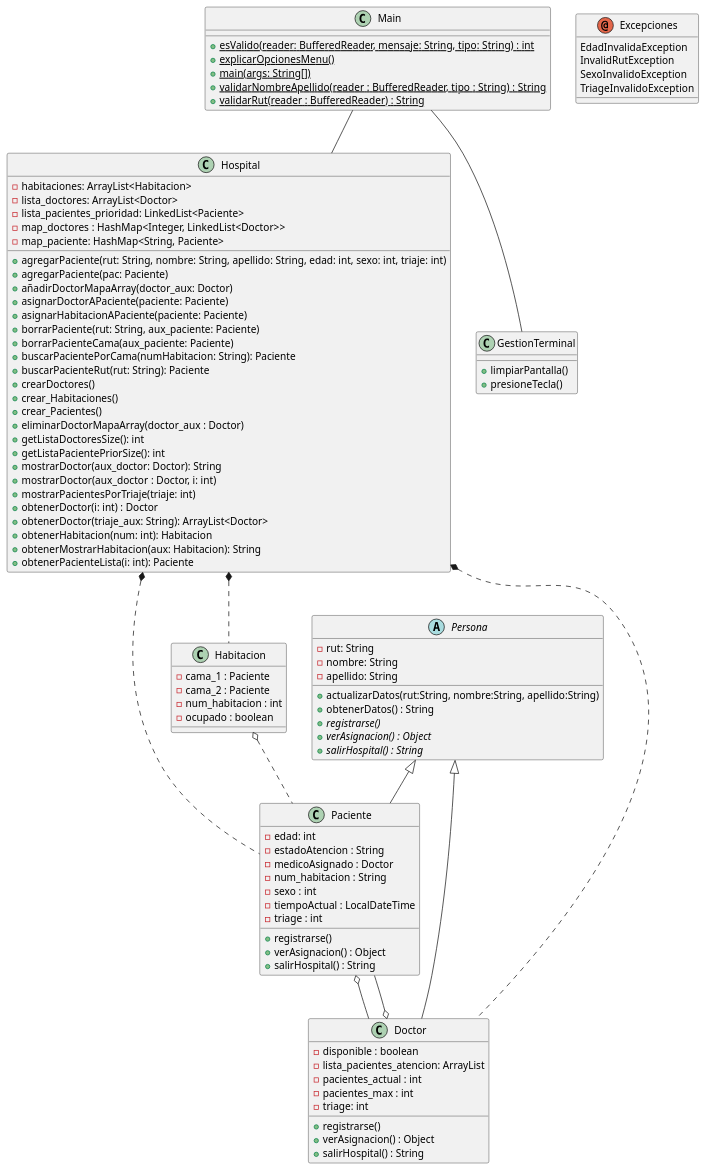
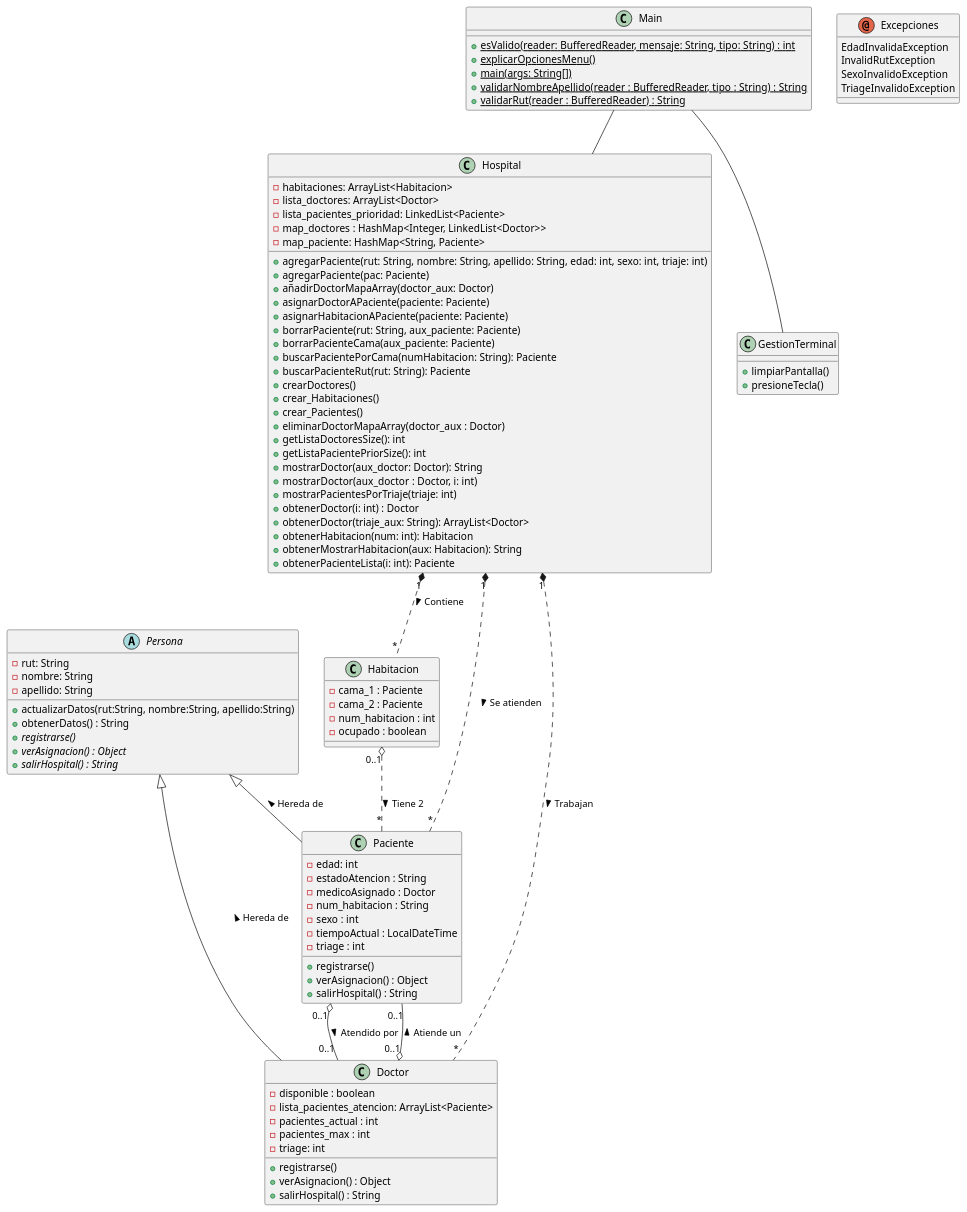
One commit to IgnaciaBrahim/sia-hospital-13 changed the diagram in Hospital/hospitalVIJUML.puml. Above: the diagram before and after it, drawn with PlantUML. The commit also changed 1 other file, not shown here.

Commit message:
Ultimo cambio de UML 2.1

```diff
--- a/Hospital/hospitalVIJUML.puml
+++ b/Hospital/hospitalVIJUML.puml
@@ -1,118 +1,119 @@
 @startuml
 abstract class Persona
 {
     -rut: String
     -nombre: String
     -apellido: String
     +actualizarDatos(rut:String, nombre:String, apellido:String)
     +obtenerDatos() : String
     {abstract}+registrarse()
     {abstract}+verAsignacion() : Object
     {abstract}+salirHospital() : String
 }
 
 class Paciente
 {
     -edad: int
     -estadoAtencion : String
     -medicoAsignado : Doctor
     -num_habitacion : String
     -sexo : int
     -tiempoActual : LocalDateTime
     -triage : int
     +registrarse()
     +verAsignacion() : Object
     +salirHospital() : String
 }
 
 class Doctor
 {
     -disponible : boolean
-    -lista_pacientes_atencion: ArrayList
+    -lista_pacientes_atencion: ArrayList<Paciente>
     -pacientes_actual : int
     -pacientes_max : int
     -triage: int
     +registrarse()
     +verAsignacion() : Object
     +salirHospital() : String
 }
 
 class Habitacion
 {
     -cama_1 : Paciente
     -cama_2 : Paciente
     -num_habitacion : int
     -ocupado : boolean
 }
 
 class Hospital
 {
     -habitaciones: ArrayList<Habitacion>
     -lista_doctores: ArrayList<Doctor>
     -lista_pacientes_prioridad: LinkedList<Paciente>
     -map_doctores : HashMap<Integer, LinkedList<Doctor>>
     -map_paciente: HashMap<String, Paciente>
     + agregarPaciente(rut: String, nombre: String, apellido: String, edad: int, sexo: int, triaje: int)
     + agregarPaciente(pac: Paciente)
     + añadirDoctorMapaArray(doctor_aux: Doctor)
     + asignarDoctorAPaciente(paciente: Paciente)
     + asignarHabitacionAPaciente(paciente: Paciente)
     + borrarPaciente(rut: String, aux_paciente: Paciente)
     + borrarPacienteCama(aux_paciente: Paciente)
     + buscarPacientePorCama(numHabitacion: String): Paciente
     + buscarPacienteRut(rut: String): Paciente
     + crearDoctores()
     + crear_Habitaciones()
     + crear_Pacientes()
     + eliminarDoctorMapaArray(doctor_aux : Doctor)
     + getListaDoctoresSize(): int
     + getListaPacientePriorSize(): int
     + mostrarDoctor(aux_doctor: Doctor): String
     + mostrarDoctor(aux_doctor : Doctor, i: int)
     + mostrarPacientesPorTriaje(triaje: int)
     + obtenerDoctor(i: int) : Doctor
     + obtenerDoctor(triaje_aux: String): ArrayList<Doctor>
     + obtenerHabitacion(num: int): Habitacion
     + obtenerMostrarHabitacion(aux: Habitacion): String
     + obtenerPacienteLista(i: int): Paciente
 }
 
 class GestionTerminal
 {
     +limpiarPantalla()
     +presioneTecla()
 }
 
 class Main
 {
     {static}+esValido(reader: BufferedReader, mensaje: String, tipo: String) : int
     {static}+explicarOpcionesMenu()
     {static}+main(args: String[])
     {static}+validarNombreApellido(reader : BufferedReader, tipo : String) : String
     {static}+validarRut(reader : BufferedReader) : String
 }
 
 annotation Excepciones
 {
     EdadInvalidaException
     InvalidRutException
     SexoInvalidoException
     TriageInvalidoException
 }
 
 Main -- Hospital
 Main -- GestionTerminal
 
-Hospital *.. Paciente
-Hospital *.. Habitacion
-Hospital *.. Doctor
+Hospital "1" *.. "*" Paciente : Se atienden >
 
-Habitacion o.. Paciente
+Hospital "1" *.. "*" Habitacion : Contiene >
+Hospital "1" *.. "*" Doctor : Trabajan >
 
-Paciente o-- Doctor
-Doctor o-- Paciente
+Habitacion "0..1" o.. "*" Paciente : Tiene 2 >
 
-Persona <|-- Paciente
-Persona <|-- Doctor
+Paciente "0..1" o-- "0..1" Doctor : Atendido por >
+Doctor "0..1" o-- "0..1" Paciente : Atiende un >
+
+Persona <|-- Paciente : Hereda de <
+Persona <|-- Doctor : Hereda de <
 
 @enduml
```
